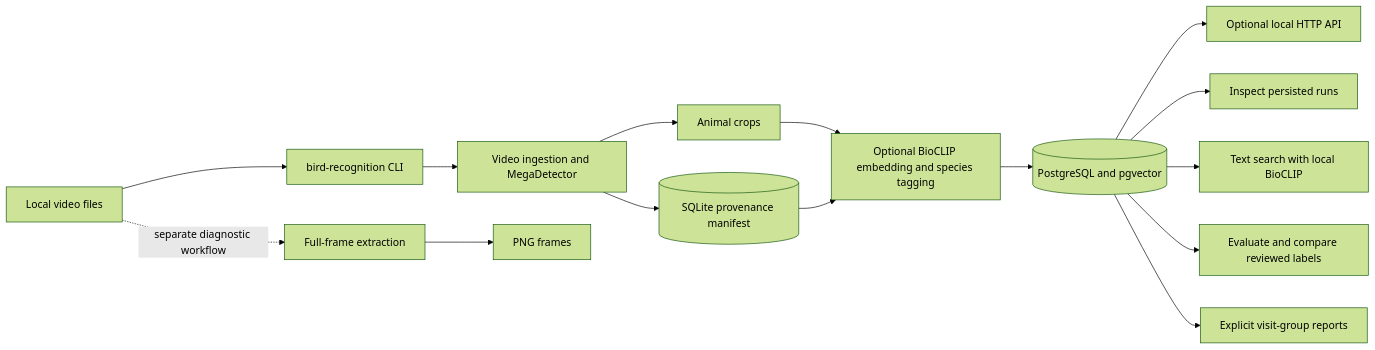
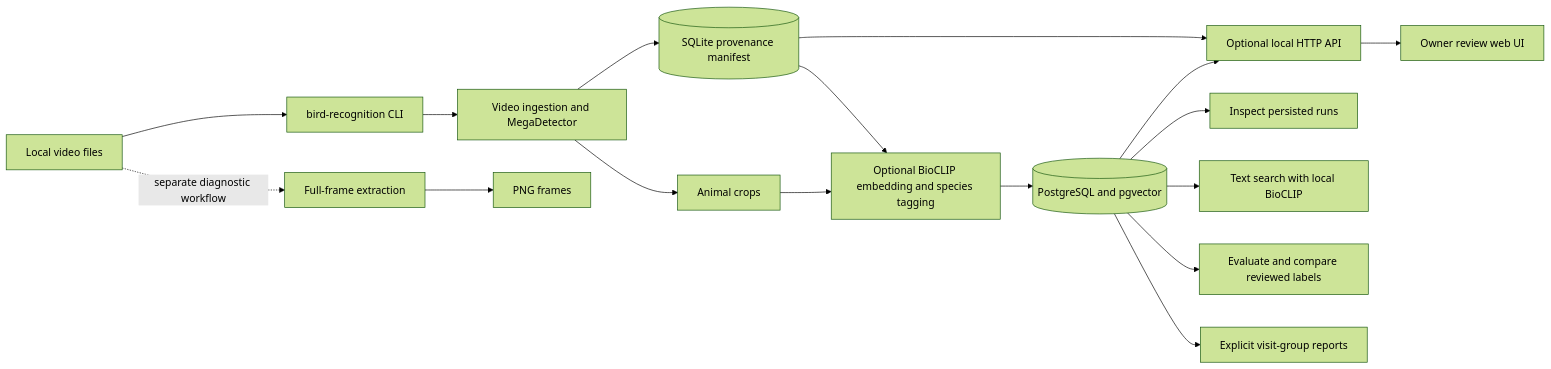
The diagram in README.md (vjaaskelainen/bird_recognition), drawn with Mermaid (forest theme) before and after one commit. The commit also changed other lines of this file and 84 other files, not shown here.

````diff
--- a/README.md
+++ b/README.md
@@ -25,17 +25,19 @@
 ```mermaid
 flowchart LR
     Videos[Local video files] --> CLI[bird-recognition CLI]
     CLI --> Ingest[Video ingestion and MegaDetector]
     Ingest --> Crops[Animal crops]
     Ingest --> Manifest[(SQLite provenance manifest)]
     Crops --> Embed[Optional BioCLIP embedding and species tagging]
     Manifest --> Embed
     Embed --> VectorDB[(PostgreSQL and pgvector)]
     VectorDB --> API[Optional local HTTP API]
+    API --> WebUI[Owner review web UI]
+    Manifest --> API
     VectorDB --> Inspect[Inspect persisted runs]
     VectorDB --> Search[Text search with local BioCLIP]
     VectorDB --> Evaluate[Evaluate and compare reviewed labels]
     VectorDB --> Visits[Explicit visit-group reports]
     Videos -. separate diagnostic workflow .-> Extract[Full-frame extraction]
     Extract --> Frames[PNG frames]
 ```
````
